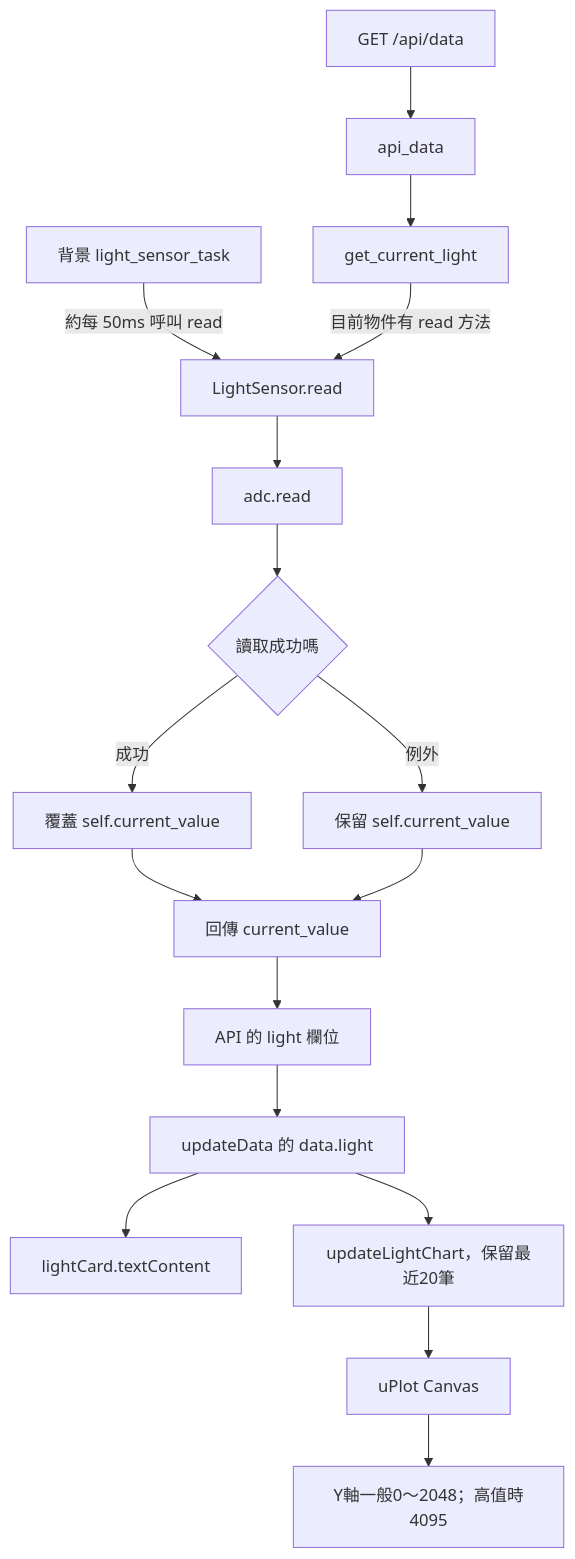
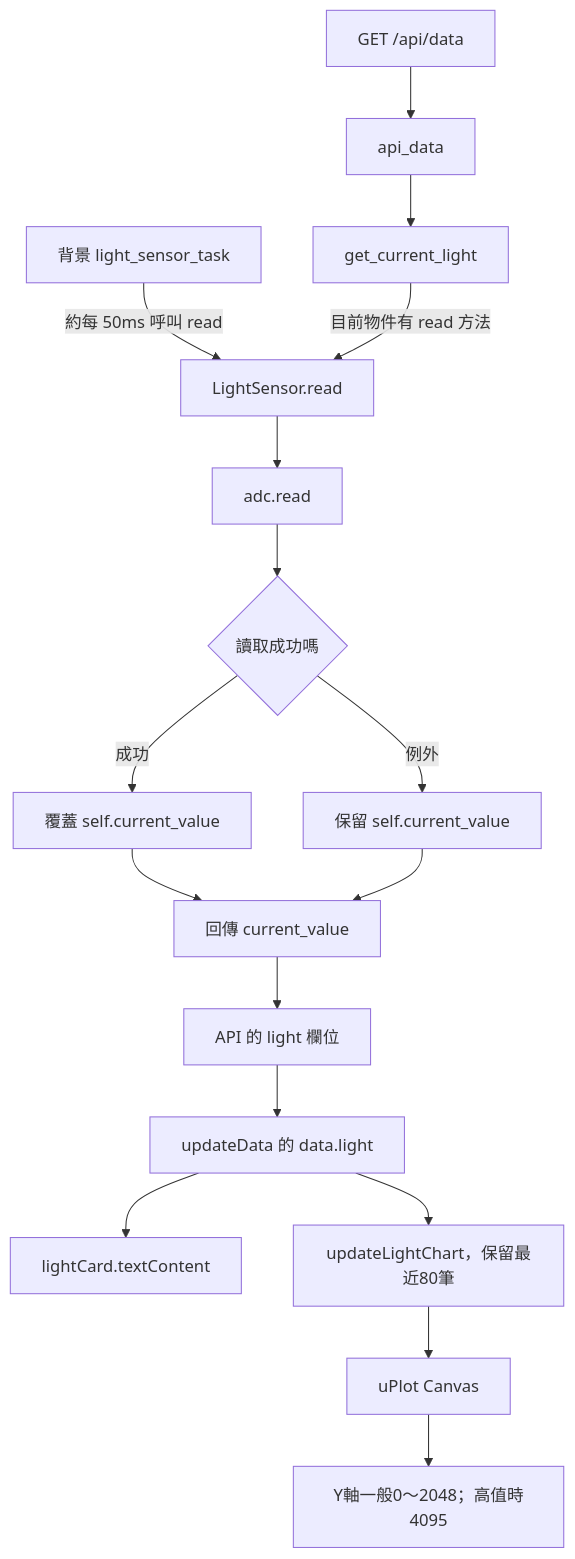
One commit to change918418-tech/IoT_Course changed the seventh of 12 diagrams in WEB_UI_EXECUTION_GUIDE.md. Above: the diagram before and after it, drawn with Mermaid. The commit also changed other lines of this file and 17 other files, not shown here.

````diff
--- a/WEB_UI_EXECUTION_GUIDE.md
+++ b/WEB_UI_EXECUTION_GUIDE.md
@@ -278,19 +476,19 @@
 ```mermaid
 flowchart TB
     BG[背景 light_sensor_task] -->|約每 50ms 呼叫 read| Read[LightSensor.read]
     HTTP[GET /api/data] --> API[api_data]
     API --> Helper[get_current_light]
     Helper -->|目前物件有 read 方法| Read
     Read --> ADC[adc.read]
     ADC --> Result{讀取成功嗎}
     Result -->|成功| Store[覆蓋 self.current_value]
     Result -->|例外| Old[保留 self.current_value]
     Store --> Return[回傳 current_value]
     Old --> Return
     Return --> JSON[API 的 light 欄位]
     JSON --> JS[updateData 的 data.light]
     JS --> DOM[lightCard.textContent]
-    JS --> History[updateLightChart，保留最近20筆]
+    JS --> History[updateLightChart，保留最近80筆]
     History --> Chart[uPlot Canvas]
     Chart --> Axis[Y軸一般0～2048；高值時4095]
 ```
````
